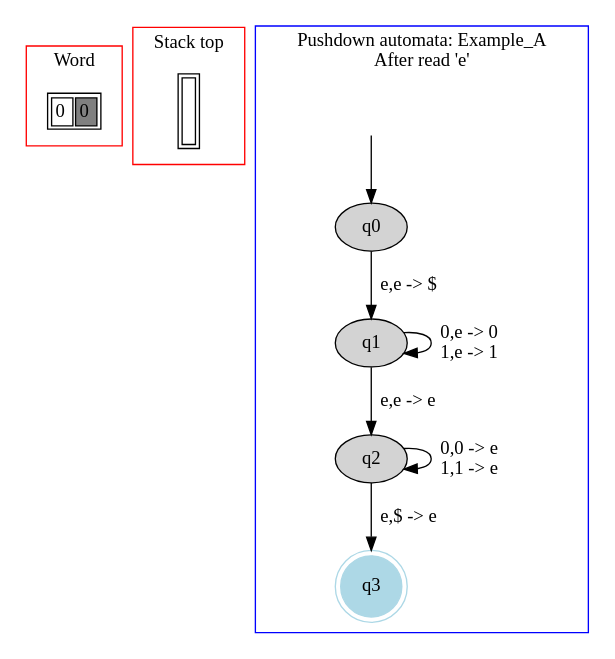
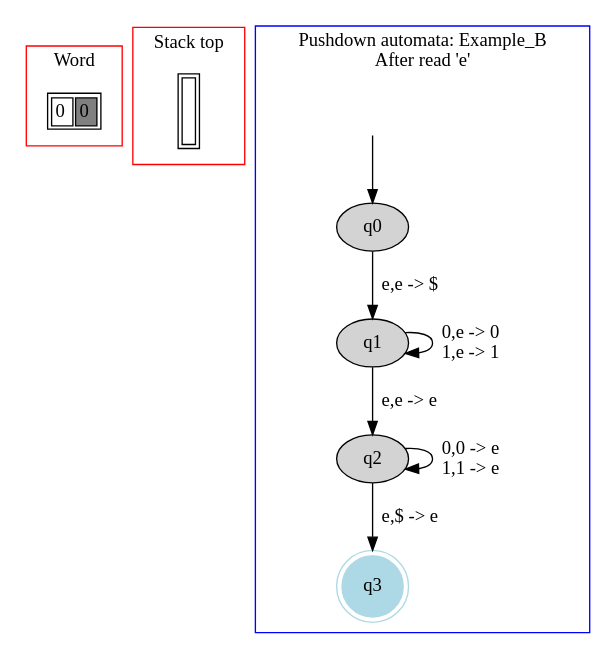
One commit to danielScLima/pushdown_automata changed the diagram in PA/images/file6.dot. Above: the diagram before and after it, drawn with Graphviz. The commit also changed 17 other files, not shown here.

```diff
--- a/PA/images/file6.dot
+++ b/PA/images/file6.dot
@@ -1,45 +1,45 @@
 digraph G {
 	subgraph cluster_0 {
 		node [shape=plaintext];
 
 struct1 [label=<<TABLE>
 <TR>
 <TD><FONT>0</FONT></TD>
 <TD BGCOLOR="gray"><FONT>0</FONT></TD>
 </TR>
 </TABLE>>];
 label = "Word";
 color=red;
 }
 	subgraph cluster_2 {
 		node [shape=plaintext];
 
 struct2 [label=<<TABLE>
 <TR>
 <TD width="10" height="50">
 </TD>
 </TR>
 </TABLE>>];
 label = "Stack top";
 color=red;
 }
 	subgraph cluster_1 {
 		node [style=filled];
-		label = "Pushdown automata: Example_A
+		label = "Pushdown automata: Example_B
 After read 'e'"
 		color=blue;
 
 		q0;
 		q1;
 		q2;
 		q3 [shape="doublecircle",color="lightblue"];
 		q0->q1[label="e,e -> $"];
 		q1->q1[label="0,e -> 0
 1,e -> 1"];
 		q1->q2[label="e,e -> e"];
 		q2->q2[label="0,0 -> e
 1,1 -> e"];
 		q2->q3[label="e,$ -> e"];
 x [color=white, label=""];		x->q0	}
 
 }
```
